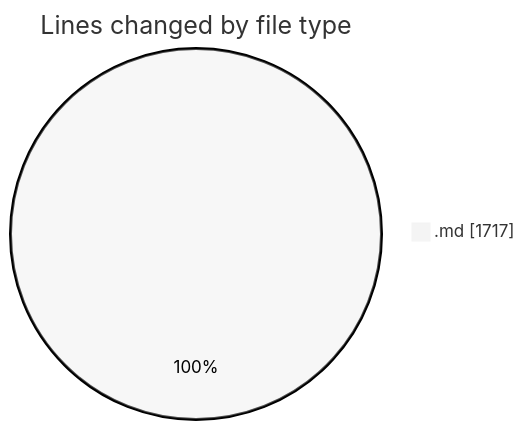
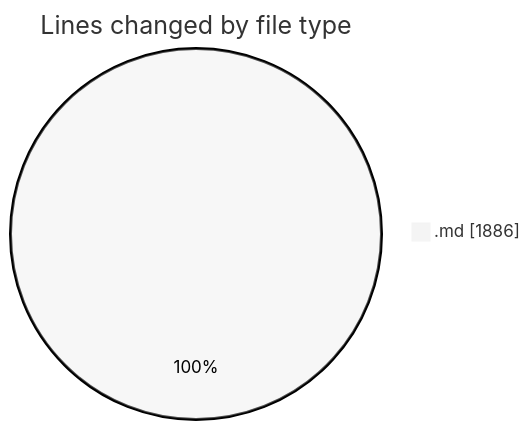
The first of 2 diagrams in 2025-07-18/urlwebwala_intership_work/README.md (Ritupan-Deka/code-tracking), drawn with Mermaid (neutral theme) before and after one commit. The commit also changed other lines of this file and 1 other file, not shown here.

````diff
--- a/2025-07-18/urlwebwala_intership_work/README.md
+++ b/2025-07-18/urlwebwala_intership_work/README.md
@@ -21,5 +21,5 @@
 ```mermaid
 pie showData
 title Lines changed by file type
-".md" : 1717
+".md" : 1886
 ```
````
